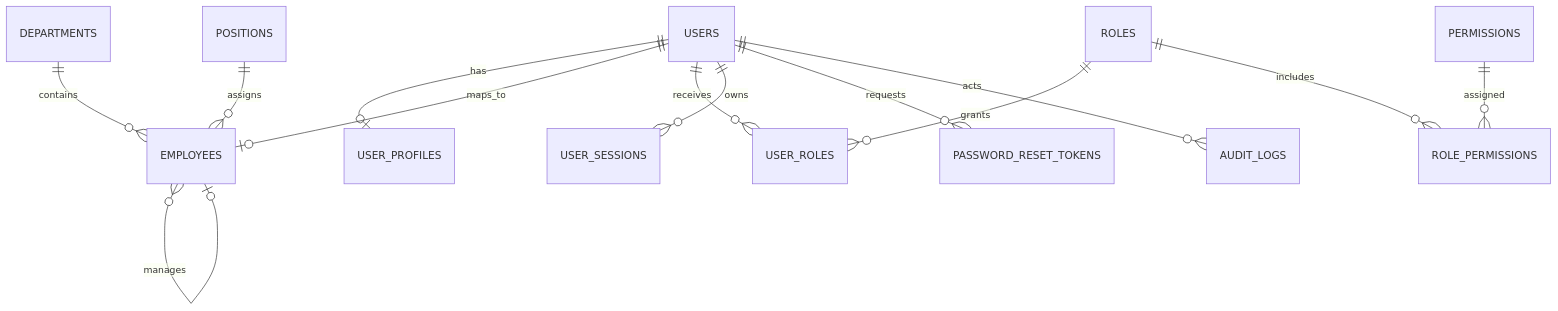
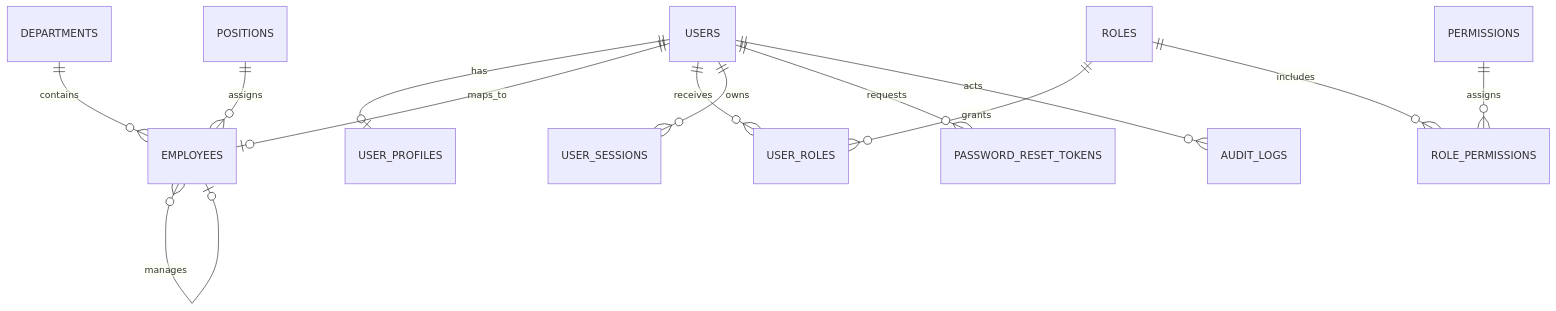
One commit to pabotido/pabotido.github.io changed the diagram in docs/DATABASE.md. Above: the diagram before and after it, drawn with Mermaid. The commit also changed other lines of this file and 41 other files, not shown here.

````diff
--- a/docs/DATABASE.md
+++ b/docs/DATABASE.md
@@ -5,15 +7,15 @@
 ```mermaid
 erDiagram
   USERS ||--o| USER_PROFILES : has
   USERS ||--o| EMPLOYEES : maps_to
   DEPARTMENTS ||--o{ EMPLOYEES : contains
   POSITIONS ||--o{ EMPLOYEES : assigns
   EMPLOYEES }o--o| EMPLOYEES : manages
   USERS ||--o{ USER_ROLES : receives
   ROLES ||--o{ USER_ROLES : grants
   ROLES ||--o{ ROLE_PERMISSIONS : includes
-  PERMISSIONS ||--o{ ROLE_PERMISSIONS : assigned
+  PERMISSIONS ||--o{ ROLE_PERMISSIONS : assigns
   USERS ||--o{ USER_SESSIONS : owns
   USERS ||--o{ PASSWORD_RESET_TOKENS : requests
   USERS ||--o{ AUDIT_LOGS : acts
 ```
````
